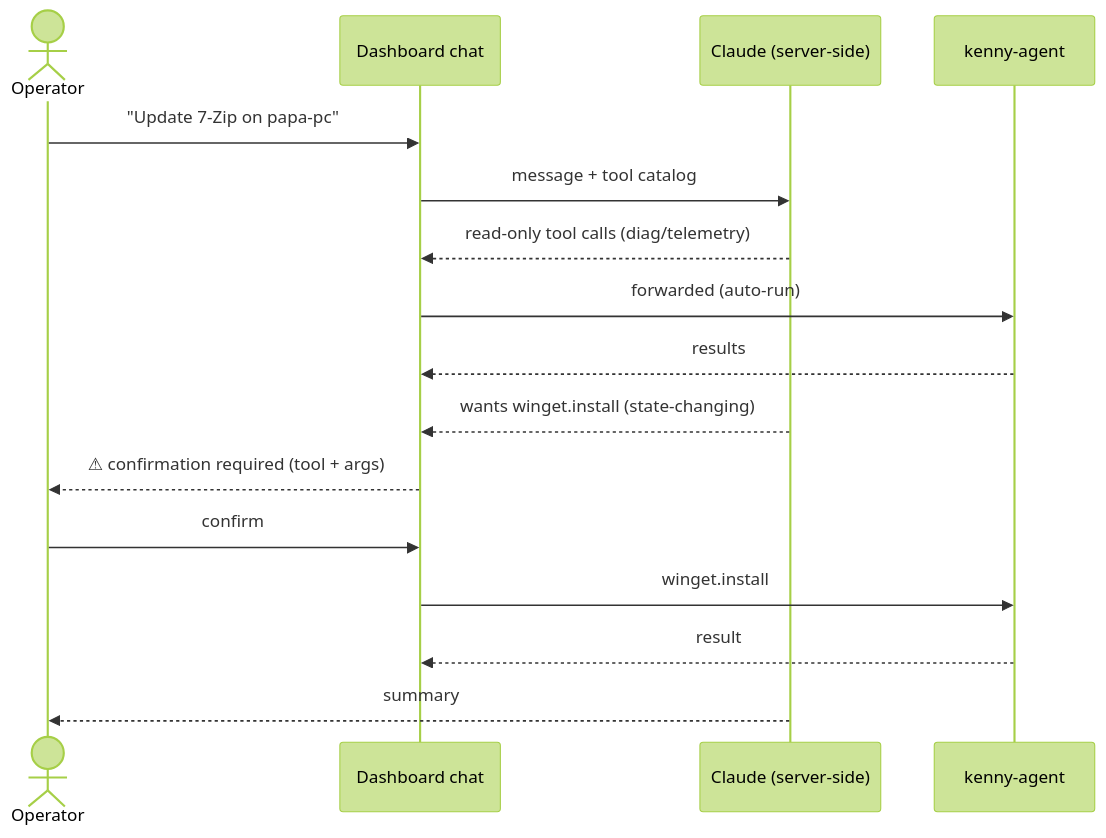
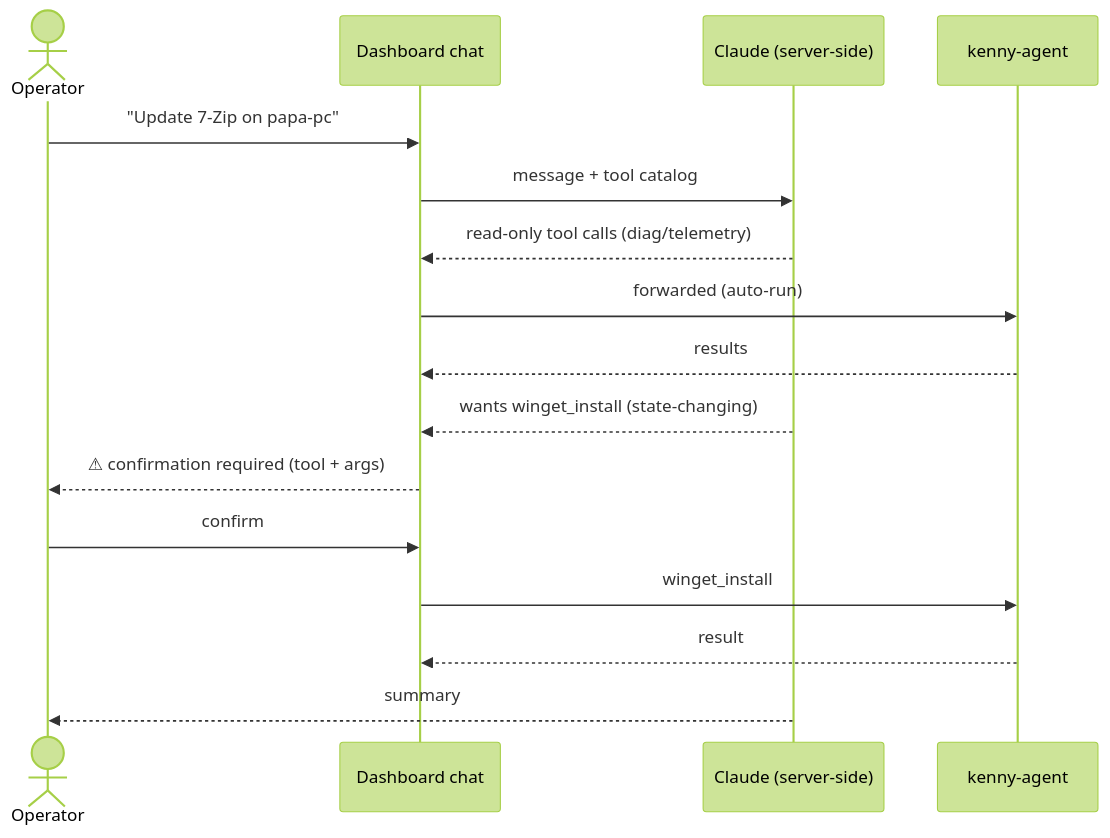
Before and after one commit to nullthrone/kenny: the second of 4 diagrams in docs/user-guide.md, drawn with Mermaid (forest theme). The commit also changed other lines of this file and 36 other files, not shown here.

````diff
--- a/docs/user-guide.md
+++ b/docs/user-guide.md
@@ -89,18 +89,18 @@
 ```mermaid
 sequenceDiagram
   actor Op as Operator
   participant Chat as Dashboard chat
   participant Claude as Claude (server-side)
   participant Agent as kenny-agent
   Op->>Chat: "Update 7-Zip on papa-pc"
   Chat->>Claude: message + tool catalog
   Claude-->>Chat: read-only tool calls (diag/telemetry)
   Chat->>Agent: forwarded (auto-run)
   Agent-->>Chat: results
-  Claude-->>Chat: wants winget.install (state-changing)
+  Claude-->>Chat: wants winget_install (state-changing)
   Chat-->>Op: ⚠ confirmation required (tool + args)
   Op->>Chat: confirm
-  Chat->>Agent: winget.install
+  Chat->>Agent: winget_install
   Agent-->>Chat: result
   Claude-->>Op: summary
 ```
````
